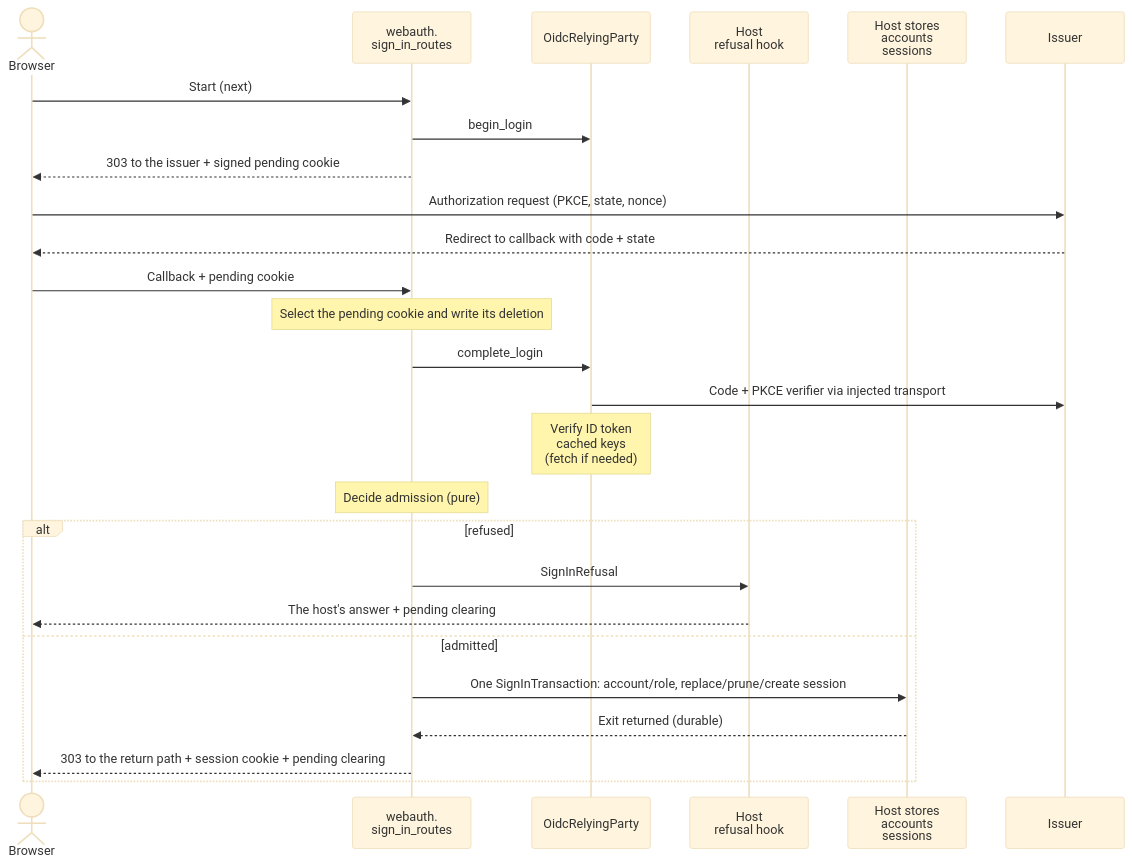
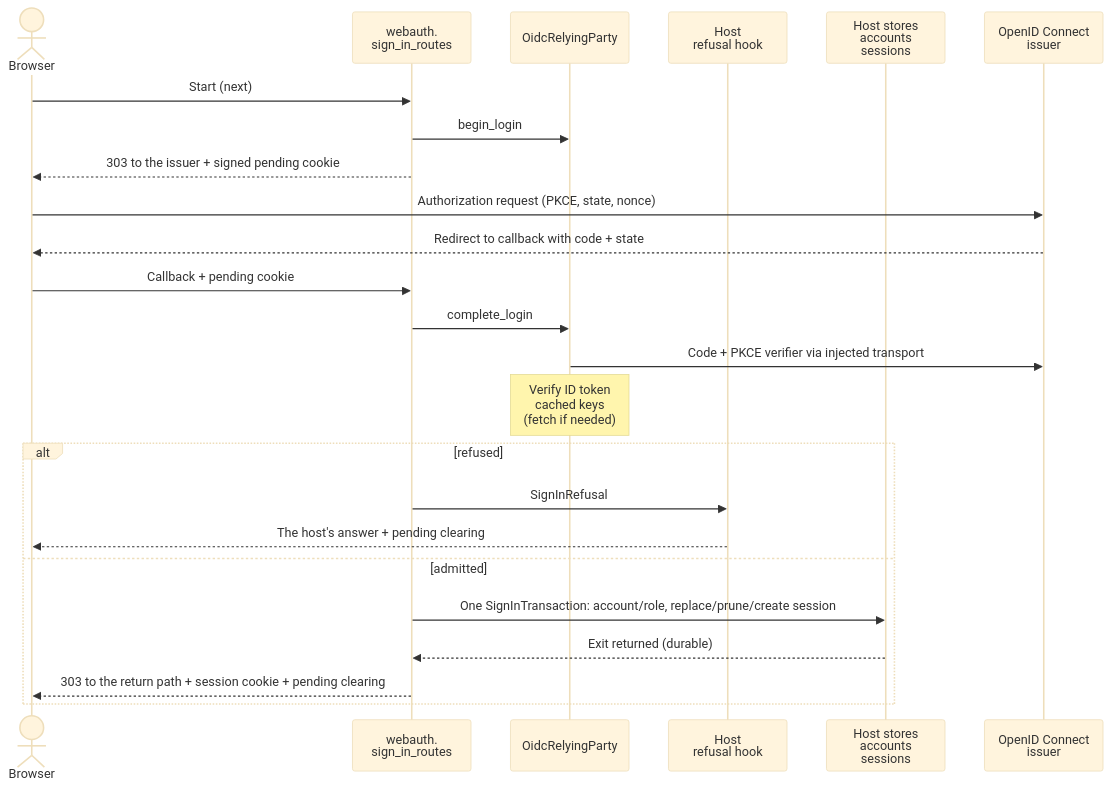
Before and after one commit to overnightworks/webauth: the second of 2 diagrams in docs/ARCHITECTURE.md, drawn with Mermaid (base theme). The commit also changed other lines of this file and 3 other files, not shown here.

````diff
--- a/docs/ARCHITECTURE.md
+++ b/docs/ARCHITECTURE.md
@@ -50,27 +48,26 @@
 ```mermaid
 sequenceDiagram
     actor Browser
     participant L as webauth.<br/>sign_in_routes
     participant R as OidcRelyingParty
     participant H as Host<br/>refusal hook
     participant S as Host stores<br/>accounts<br/>sessions
+    participant Issuer as OpenID Connect<br/>issuer
     Browser->>L: Start (next)
     L->>R: begin_login
     L-->>Browser: 303 to the issuer + signed pending cookie
     Browser->>Issuer: Authorization request (PKCE, state, nonce)
     Issuer-->>Browser: Redirect to callback with code + state
     Browser->>L: Callback + pending cookie
-    Note over L: Select the pending cookie and write its deletion
     L->>R: complete_login
     R->>Issuer: Code + PKCE verifier via injected transport
     Note over R: Verify ID token<br/>cached keys<br/>(fetch if needed)
-    Note over L: Decide admission (pure)
     alt refused
         L->>H: SignInRefusal
         H-->>Browser: The host's answer + pending clearing
     else admitted
         L->>S: One SignInTransaction: account/role, replace/prune/create session
         S-->>L: Exit returned (durable)
         L-->>Browser: 303 to the return path + session cookie + pending clearing
     end
 ```
````
